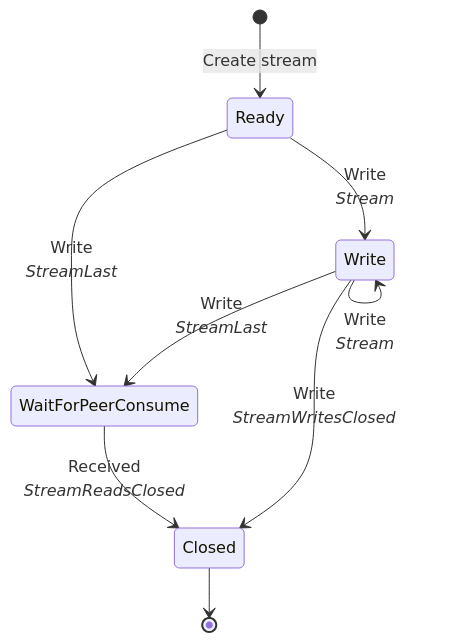
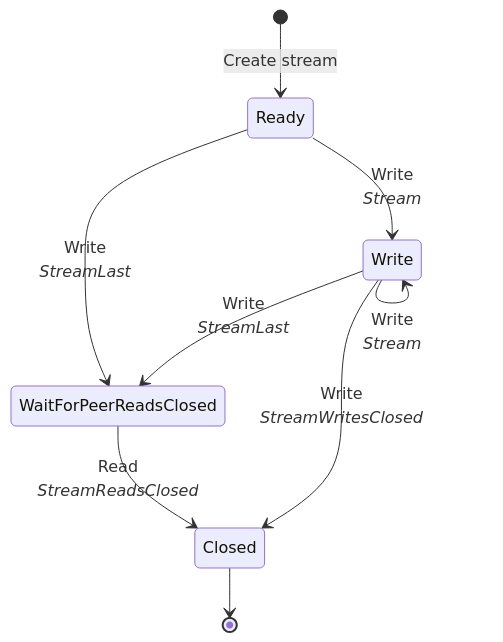
Before and after one commit to icerpc/icerpc-docs: the first of 4 diagrams in pages/icerpc/slic-transport/streams.md, drawn with Mermaid. The commit also changed other lines of this file, not shown here.

````diff
--- a/pages/icerpc/slic-transport/streams.md
+++ b/pages/icerpc/slic-transport/streams.md
@@ -94,11 +94,11 @@
 ```mermaid
 stateDiagram
     [*] --> Ready: Create stream
     Write --> Write: <center>Write<br/><i>Stream</i></center>
-    Write --> WaitForPeerConsume: <center>Write<br/><i>StreamLast</i></center>
+    Write --> WaitForPeerReadsClosed: <center>Write<br/><i>StreamLast</i></center>
     Ready --> Write: <center>Write<br/><i>Stream</i></center>
-    Ready --> WaitForPeerConsume: <center>Write<br/><i>StreamLast</i></center>
+    Ready --> WaitForPeerReadsClosed: <center>Write<br/><i>StreamLast</i></center>
     Write --> Closed: <center>Write<br/><i>StreamWritesClosed</i></center>
-    WaitForPeerConsume --> Closed: <center>Received<br/><i>StreamReadsClosed</i></center>
+    WaitForPeerReadsClosed --> Closed: <center>Read<br/><i>StreamReadsClosed</i></center>
     Closed --> [*]
 ```
````
